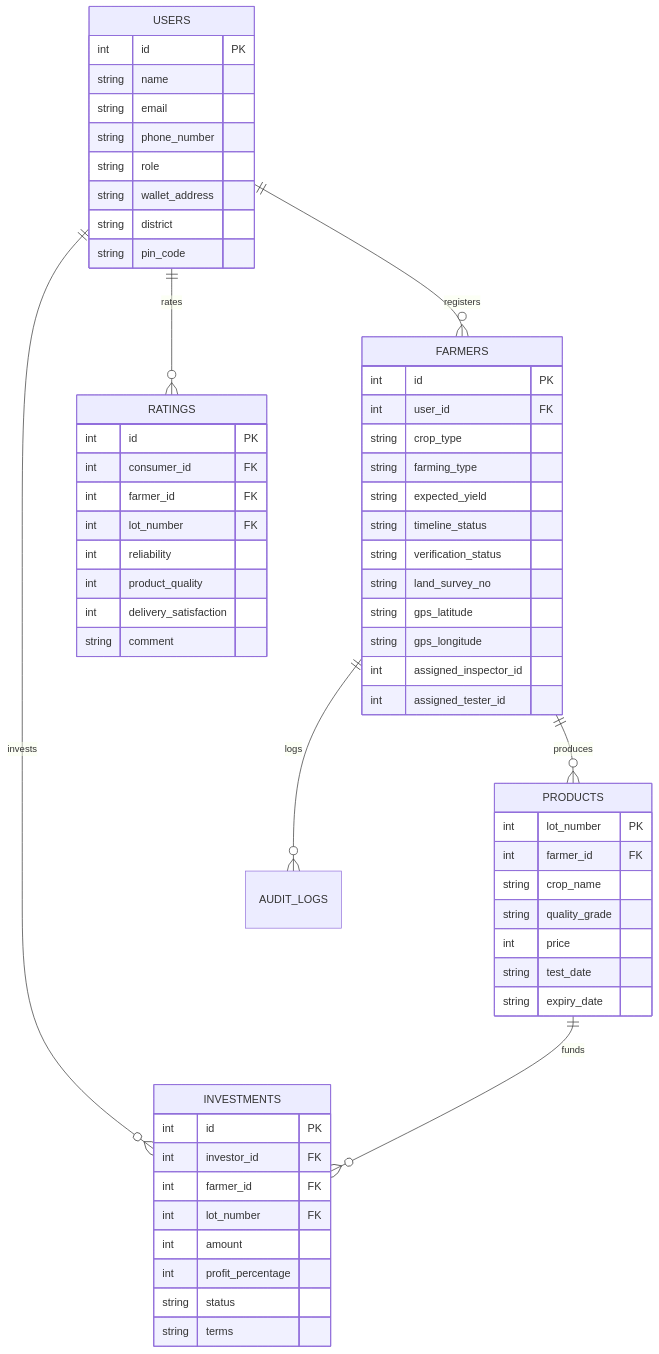
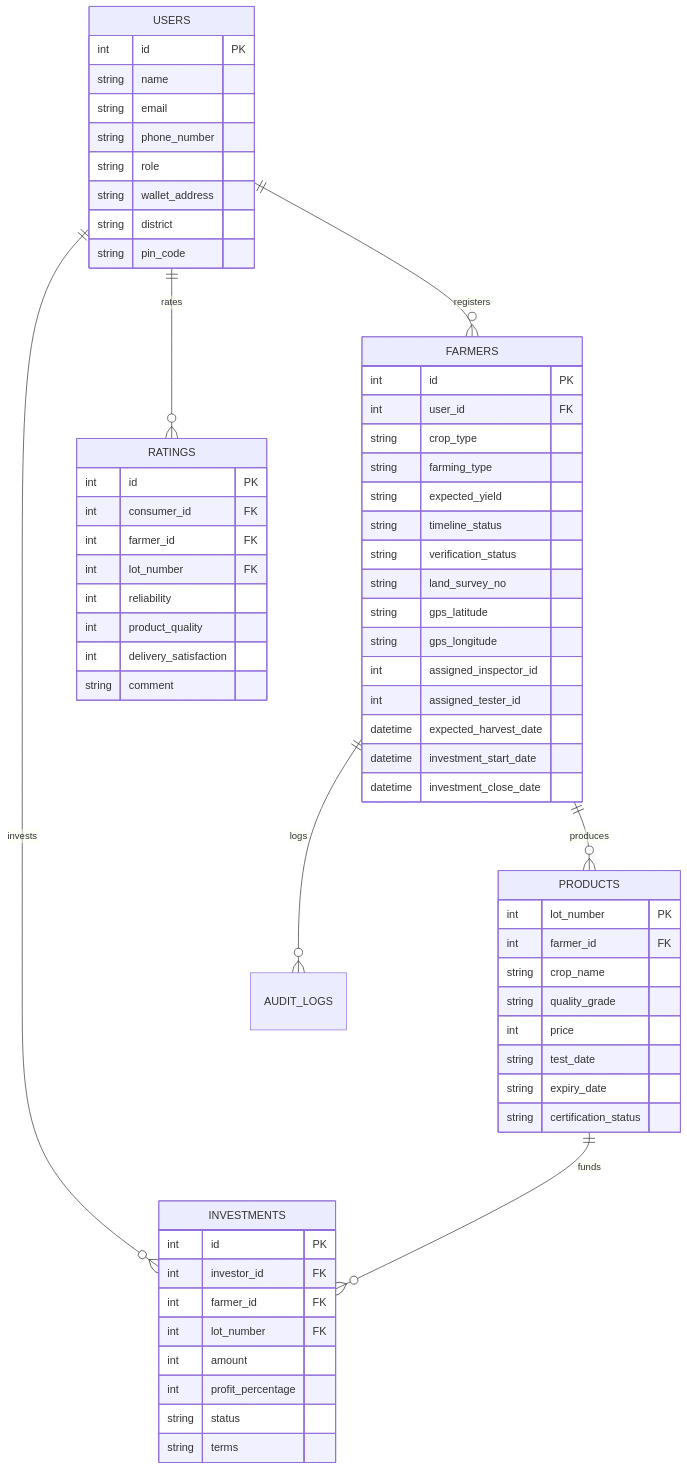
Before and after one commit to Vedansh-Harish-Ail/AgroChain: the fifth of 5 diagrams in project_documentation.md, drawn with Mermaid. The commit also changed other lines of this file and 49 other files, not shown here.

````diff
--- a/project_documentation.md
+++ b/project_documentation.md
@@ -387,63 +387,67 @@
 ```mermaid
 erDiagram
     USERS ||--o{ FARMERS : "registers"
     USERS ||--o{ INVESTMENTS : "invests"
     USERS ||--o{ RATINGS : "rates"
     FARMERS ||--o{ PRODUCTS : "produces"
     PRODUCTS ||--o{ INVESTMENTS : "funds"
     FARMERS ||--o{ AUDIT_LOGS : "logs"
 
     USERS {
         int id PK
         string name
         string email
         string phone_number
         string role
         string wallet_address
         string district
         string pin_code
     }
     FARMERS {
         int id PK
         int user_id FK
         string crop_type
         string farming_type
         string expected_yield
         string timeline_status
         string verification_status
         string land_survey_no
         string gps_latitude
         string gps_longitude
         int assigned_inspector_id
         int assigned_tester_id
+        datetime expected_harvest_date
+        datetime investment_start_date
+        datetime investment_close_date
     }
     PRODUCTS {
         int lot_number PK
         int farmer_id FK
         string crop_name
         string quality_grade
         int price
         string test_date
         string expiry_date
+        string certification_status
     }
     INVESTMENTS {
         int id PK
         int investor_id FK
         int farmer_id FK
         int lot_number FK
         int amount
         int profit_percentage
         string status
         string terms
     }
     RATINGS {
         int id PK
         int consumer_id FK
         int farmer_id FK
         int lot_number FK
         int reliability
         int product_quality
         int delivery_satisfaction
         string comment
     }
 ```
````
